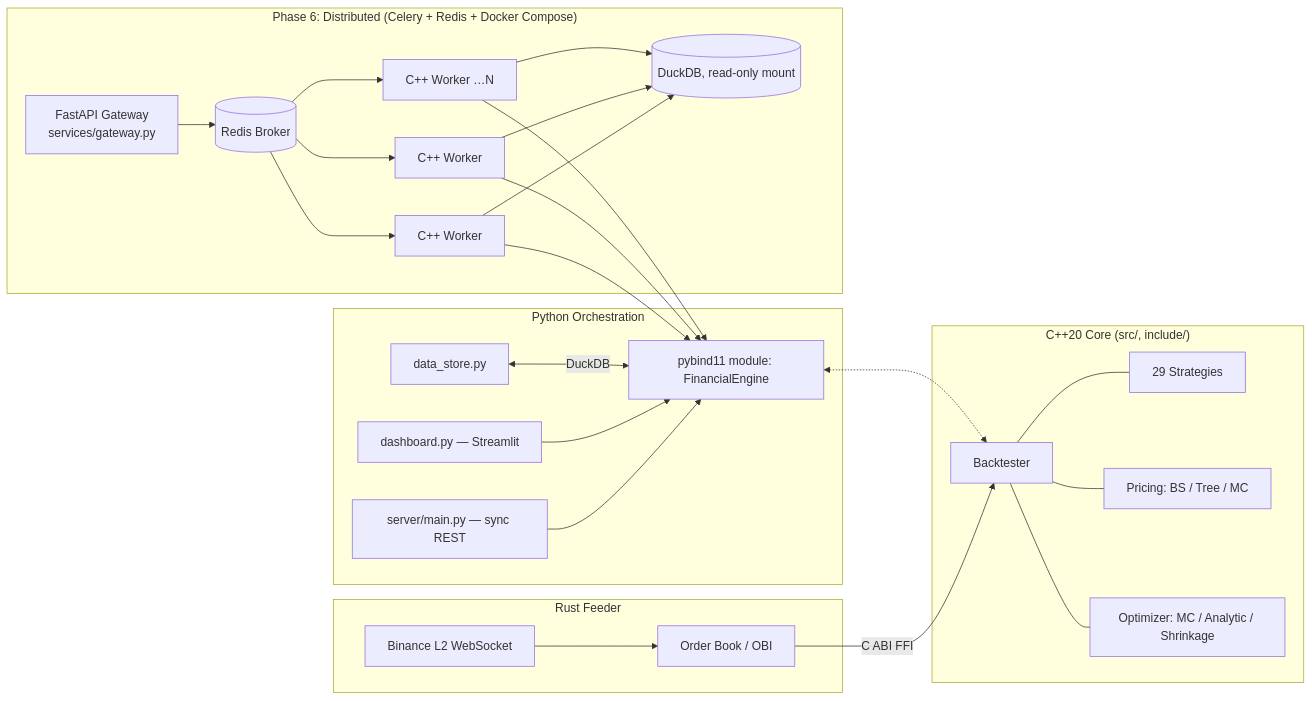
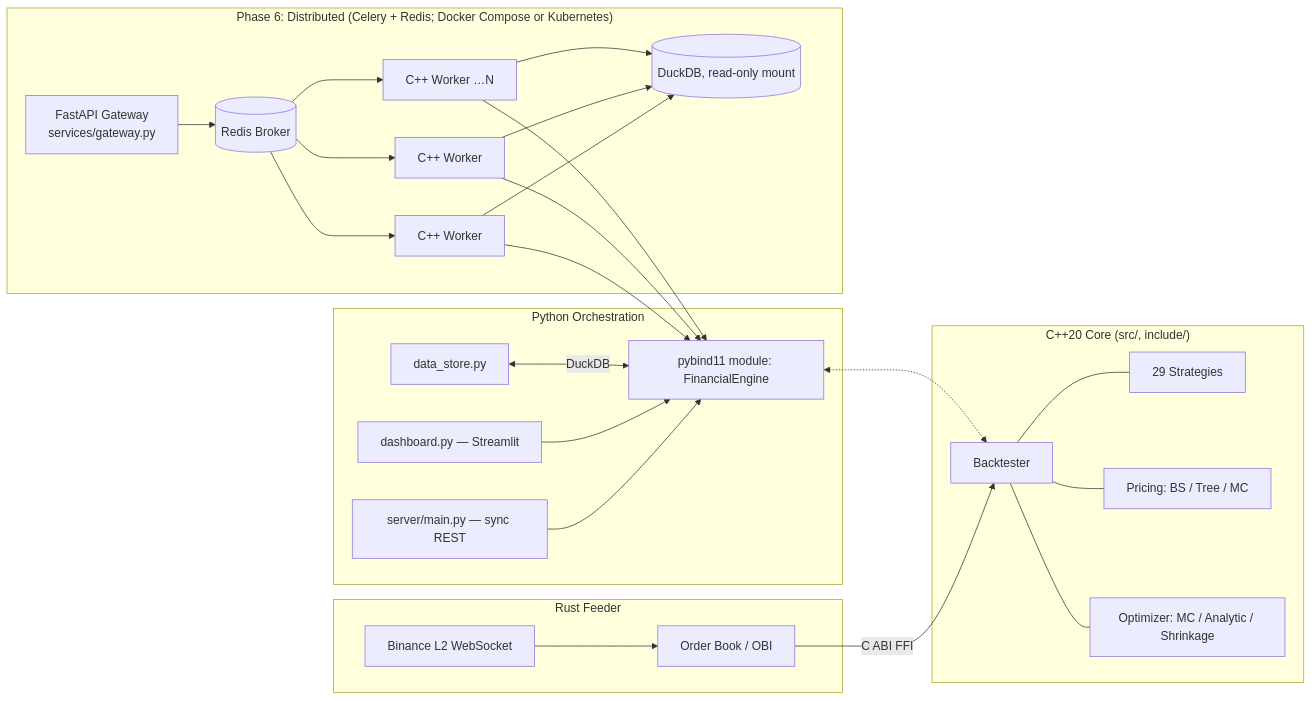
The diagram in Financial_OS/README.md (rari458/Projects), drawn with Mermaid before and after one commit. The commit also changed other lines of this file and 17 other files, not shown here.

````diff
--- a/Financial_OS/README.md
+++ b/Financial_OS/README.md
@@ -18,42 +19,42 @@
 ```mermaid
 flowchart LR
     subgraph Rust["Rust Feeder"]
         WS[Binance L2 WebSocket] --> OBI[Order Book / OBI]
     end
 
     subgraph CPP["C++20 Core (src/, include/)"]
         BT[Backtester]
         STRAT[29 Strategies]
         PRICE[Pricing: BS / Tree / MC]
         OPT[Optimizer: MC / Analytic / Shrinkage]
         BT --- STRAT
         BT --- PRICE
         BT --- OPT
     end
 
     OBI -->|C ABI FFI| BT
 
     subgraph PyCore["Python Orchestration"]
         PB[pybind11 module: FinancialEngine]
         API[server/main.py — sync REST]
         DASH[dashboard.py — Streamlit]
         DS[data_store.py]
     end
 
     PB <-.-> BT
     API --> PB
     DASH --> PB
     DS <-->|DuckDB| PB
 
-    subgraph Dist["Phase 6: Distributed (Celery + Redis + Docker Compose)"]
+    subgraph Dist["Phase 6: Distributed (Celery + Redis; Docker Compose or Kubernetes)"]
         GW[FastAPI Gateway<br/>services/gateway.py]
         RQ[(Redis Broker)]
         WK1[C++ Worker]
         WK2[C++ Worker]
         WK3[C++ Worker …N]
         DB[(DuckDB, read-only mount)]
         GW --> RQ --> WK1 & WK2 & WK3
         WK1 & WK2 & WK3 --> PB
         WK1 & WK2 & WK3 --> DB
     end
 ```
````
